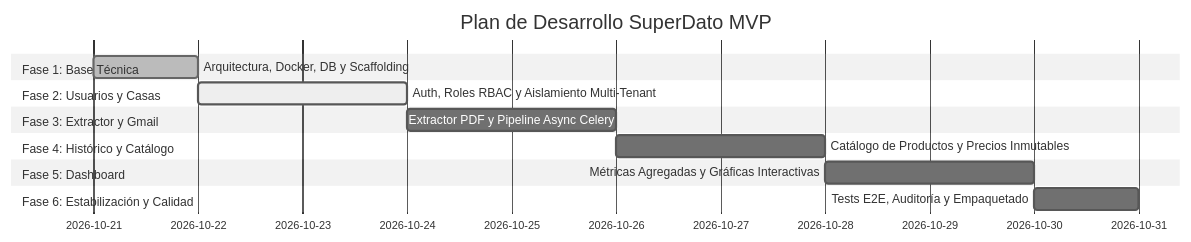
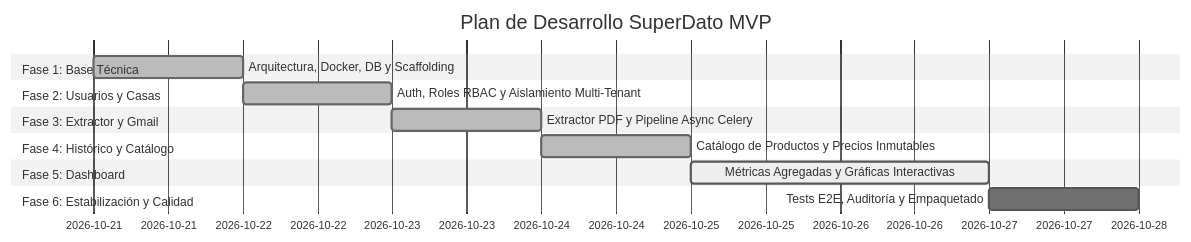
One commit to martin05mlg/SuperDato changed the diagram in docs/05_PLAN_DE_ENTREGAS_Y_PROGRESO.md. Above: the diagram before and after it, drawn with Mermaid (neutral theme). The commit also changed other lines of this file and 15 other files, not shown here.

Commit message:
feat: Fase 4 completada (Catalogo de productos, historico de precios inmutables y edicion manual)

````diff
--- a/docs/05_PLAN_DE_ENTREGAS_Y_PROGRESO.md
+++ b/docs/05_PLAN_DE_ENTREGAS_Y_PROGRESO.md
@@ -7,17 +7,17 @@
 ```mermaid
 gantt
     title Plan de Desarrollo SuperDato MVP
     dateFormat  YYYY-MM-DD
     section Fase 1: Base Técnica
     Arquitectura, Docker, DB y Scaffolding     :done,    p1, 2026-10-21, 1d
     section Fase 2: Usuarios y Casas
-    Auth, Roles RBAC y Aislamiento Multi-Tenant:active,  p2, after p1, 2d
+    Auth, Roles RBAC y Aislamiento Multi-Tenant:done,    p2, after p1, 1d
     section Fase 3: Extractor y Gmail
-    Extractor PDF y Pipeline Async Celery      :         p3, after p2, 2d
+    Extractor PDF y Pipeline Async Celery      :done,    p3, after p2, 1d
     section Fase 4: Histórico y Catálogo
-    Catálogo de Productos y Precios Inmutables :         p4, after p3, 2d
+    Catálogo de Productos y Precios Inmutables :done,    p4, after p3, 1d
     section Fase 5: Dashboard
-    Métricas Agregadas y Gráficas Interactivas :         p5, after p4, 2d
+    Métricas Agregadas y Gráficas Interactivas :active,  p5, after p4, 2d
     section Fase 6: Estabilización y Calidad
     Tests E2E, Auditoría y Empaquetado         :         p6, after p5, 1d
 ```
````
